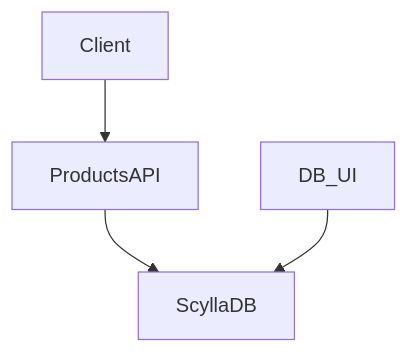
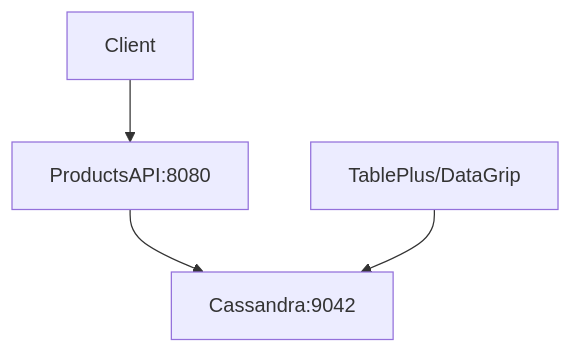
The diagram in products-api/db-explainer.md (bindian0509/system-design), drawn with Mermaid before and after one commit. The commit also changed other lines of this file and 2 other files, not shown here.

Commit message:
fixing issues related to scylla

````diff
--- a/products-api/db-explainer.md
+++ b/products-api/db-explainer.md
@@ -49,6 +89,6 @@
 ```mermaid
 flowchart TD
-  client[Client] --> api[ProductsAPI]
-  api --> scylla[ScyllaDB]
-  ui[DB_UI] --> scylla
+  client[Client] --> api[ProductsAPI:8080]
+  api --> cassandra[Cassandra:9042]
+  tableplus[TablePlus/DataGrip] --> cassandra
 ```
````
